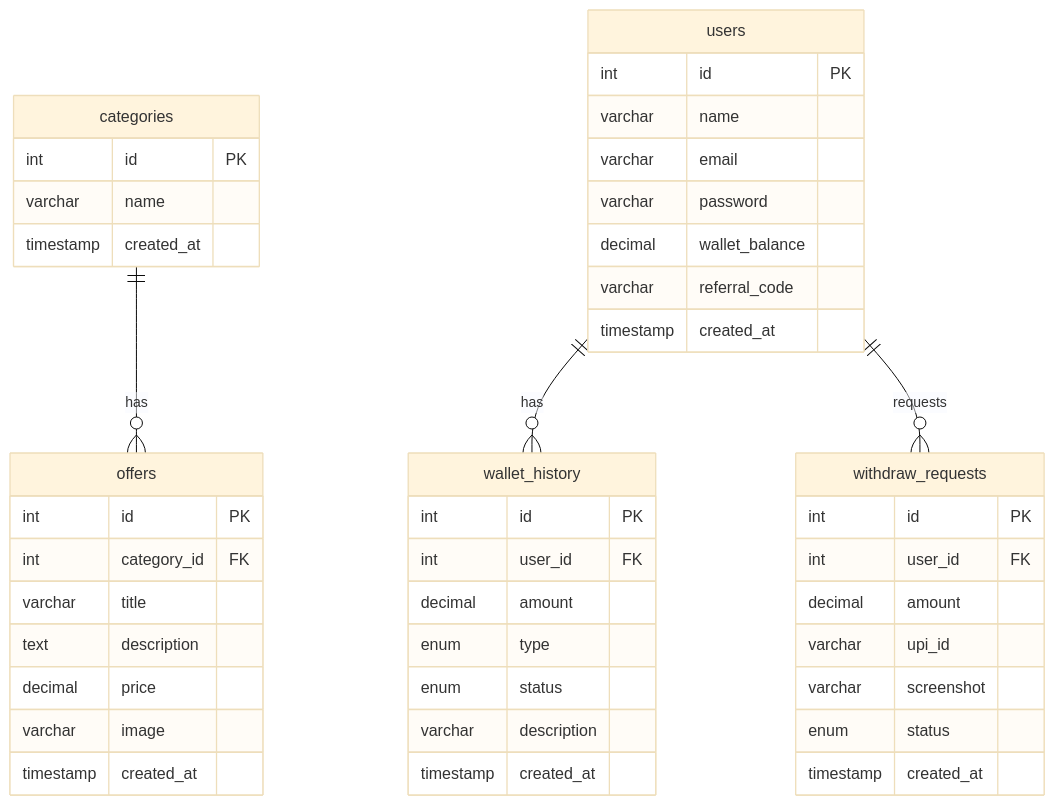
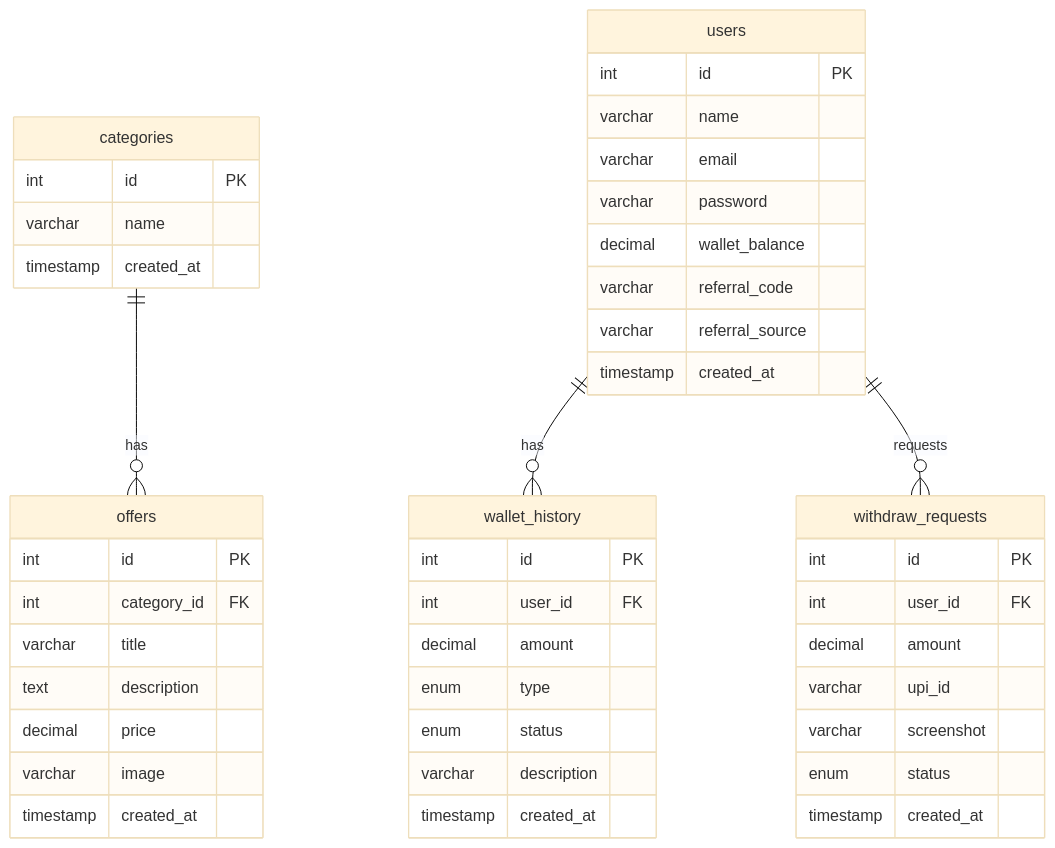
The diagram in database/schema.md (agondigital-in/kamateraho-com-php), drawn with Mermaid (base theme) before and after one commit. The commit also changed other lines of this file and 7 other files, not shown here.

````diff
--- a/database/schema.md
+++ b/database/schema.md
@@ -5,52 +5,53 @@
 ```mermaid
 erDiagram
     categories ||--o{ offers : "has"
     users ||--o{ wallet_history : "has"
     users ||--o{ withdraw_requests : "requests"
     
     categories {
         int id PK
         varchar name
         timestamp created_at
     }
     
     users {
         int id PK
         varchar name
         varchar email
         varchar password
         decimal wallet_balance
         varchar referral_code
+        varchar referral_source
         timestamp created_at
     }
     
     offers {
         int id PK
         int category_id FK
         varchar title
         text description
         decimal price
         varchar image
         timestamp created_at
     }
     
     wallet_history {
         int id PK
         int user_id FK
         decimal amount
         enum type
         enum status
         varchar description
         timestamp created_at
     }
     
     withdraw_requests {
         int id PK
         int user_id FK
         decimal amount
         varchar upi_id
         varchar screenshot
         enum status
         timestamp created_at
     }
 ```
````
